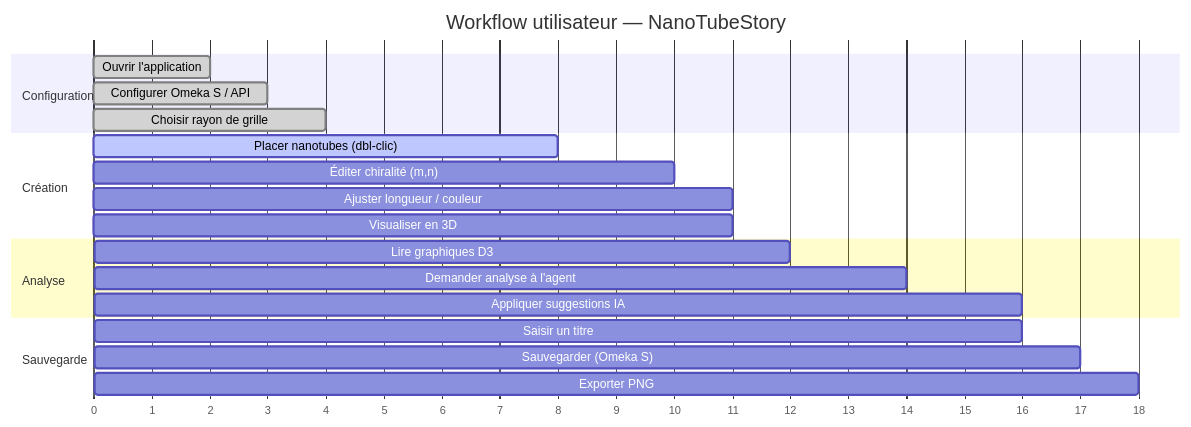
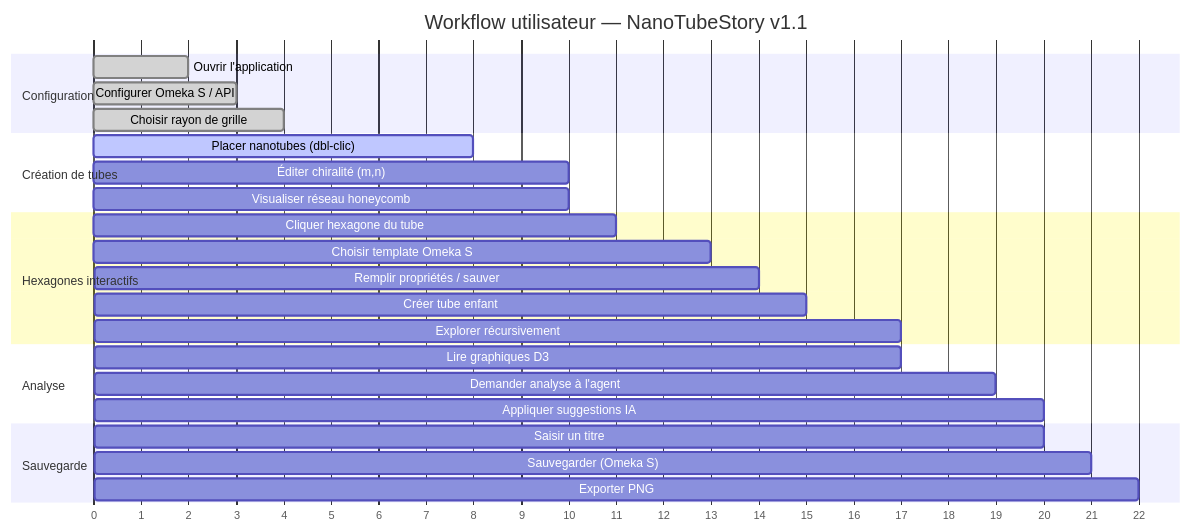
Before and after one commit to samszo/nanoTubeStory: diagram 13 of 13 in docs/DIAGRAMS.md, drawn with Mermaid. The commit also changed other lines of this file and 2 other files, not shown here.

````diff
--- a/docs/DIAGRAMS.md
+++ b/docs/DIAGRAMS.md
@@ -533,27 +605,33 @@
 ```mermaid
 gantt
-    title Workflow utilisateur — NanoTubeStory
+    title Workflow utilisateur — NanoTubeStory v1.1
     dateFormat  X
     axisFormat %s
 
     section Configuration
-    Ouvrir l'application       :done,    c1, 0, 2
-    Configurer Omeka S / API   :done,    c2, 1, 3
-    Choisir rayon de grille    :done,    c3, 3, 4
+    Ouvrir l'application        :done,    c1, 0, 2
+    Configurer Omeka S / API    :done,    c2, 1, 3
+    Choisir rayon de grille     :done,    c3, 3, 4
 
-    section Création
-    Placer nanotubes (dbl-clic):active,  n1, 4, 8
-    Éditer chiralité (m,n)     :         n2, 6, 10
-    Ajuster longueur / couleur :         n3, 8, 11
-    Visualiser en 3D           :         n4, 4, 11
+    section Création de tubes
+    Placer nanotubes (dbl-clic) :active,  n1, 4, 8
+    Éditer chiralité (m,n)      :         n2, 6, 10
+    Visualiser réseau honeycomb :         n3, 4, 10
+
+    section Hexagones interactifs
+    Cliquer hexagone du tube    :         h1, 10, 11
+    Choisir template Omeka S    :         h2, 11, 13
+    Remplir propriétés / sauver :         h3, 12, 14
+    Créer tube enfant           :         h4, 13, 15
+    Explorer récursivement      :         h5, 14, 17
 
     section Analyse
-    Lire graphiques D3         :         a1, 10, 12
-    Demander analyse à l'agent :         a2, 11, 14
-    Appliquer suggestions IA   :         a3, 13, 16
+    Lire graphiques D3          :         a1, 15, 17
+    Demander analyse à l'agent  :         a2, 16, 19
+    Appliquer suggestions IA    :         a3, 18, 20
 
     section Sauvegarde
-    Saisir un titre            :         s1, 15, 16
-    Sauvegarder (Omeka S)      :         s2, 16, 17
-    Exporter PNG               :         s3, 16, 18
+    Saisir un titre             :         s1, 19, 20
+    Sauvegarder (Omeka S)       :         s2, 20, 21
+    Exporter PNG                :         s3, 20, 22
 ```
````
